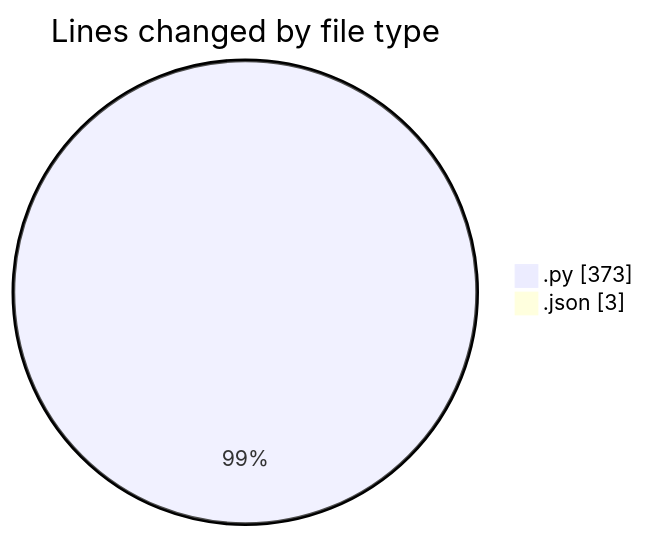
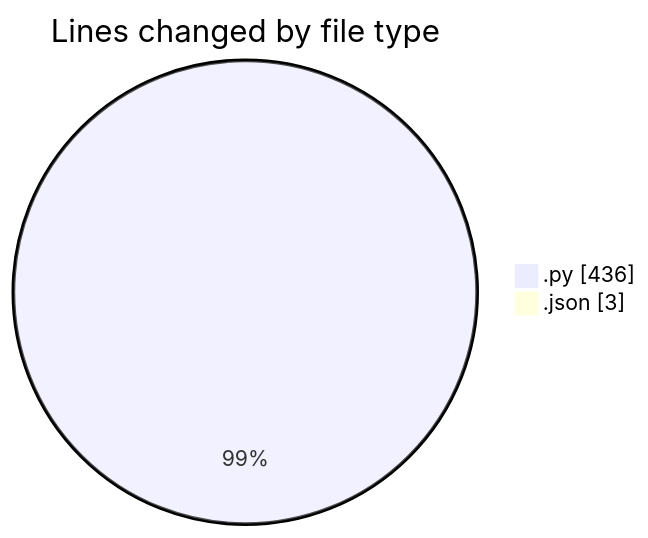
The first of 2 diagrams in 2025-07-13/cursor/README.md (FelipKnott/code-tracking), drawn with Mermaid before and after one commit. The commit also changed other lines of this file and 1 other file, not shown here.

````diff
--- a/2025-07-13/cursor/README.md
+++ b/2025-07-13/cursor/README.md
@@ -26,6 +27,6 @@
 ```mermaid
 pie showData
 title Lines changed by file type
-".py" : 373
+".py" : 436
 ".json" : 3
 ```
````
